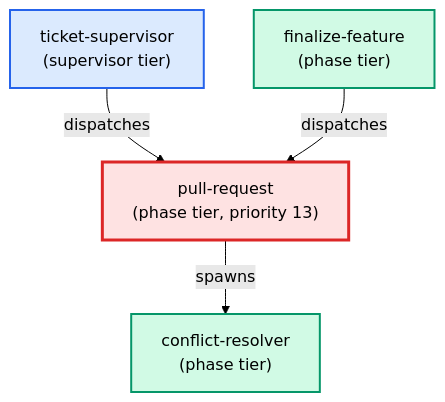
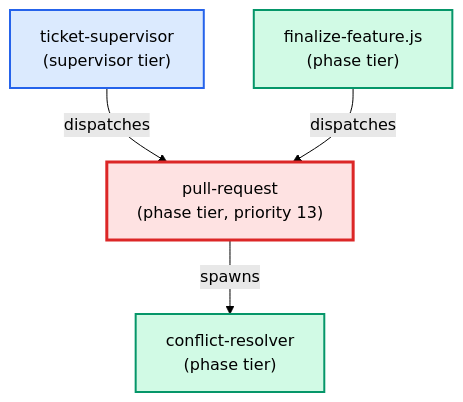
The diagram in docs/agents/cards/pull-request.card.md (urlmonitor/leafcutter-ai), drawn with Mermaid (forest theme) before and after one commit. The commit also changed other lines of this file and 52 other files, not shown here.

````diff
--- a/docs/agents/cards/pull-request.card.md
+++ b/docs/agents/cards/pull-request.card.md
@@ -46,16 +53,16 @@
 ```mermaid
 flowchart TD
     classDef supervisor fill:#dbeafe,stroke:#2563eb,stroke-width:2px
     classDef phase fill:#d1fae5,stroke:#059669,stroke-width:2px
     classDef utility fill:#f3f4f6,stroke:#4b5563,stroke-width:2px
     classDef target fill:#fee2e2,stroke:#dc2626,stroke-width:3px
 
     ticket_supervisor["ticket-supervisor\n(supervisor tier)"]:::supervisor
-    finalize_feature["finalize-feature\n(phase tier)"]:::phase
+    finalize_feature.js["finalize-feature.js\n(phase tier)"]:::phase
     pull_request["pull-request\n(phase tier, priority 13)"]:::target
     conflict_resolver["conflict-resolver\n(phase tier)"]:::phase
 
     ticket_supervisor -->|dispatches| pull_request
-    finalize_feature -->|dispatches| pull_request
+    finalize_feature.js -->|dispatches| pull_request
     pull_request -->|spawns| conflict_resolver
 ```
````
